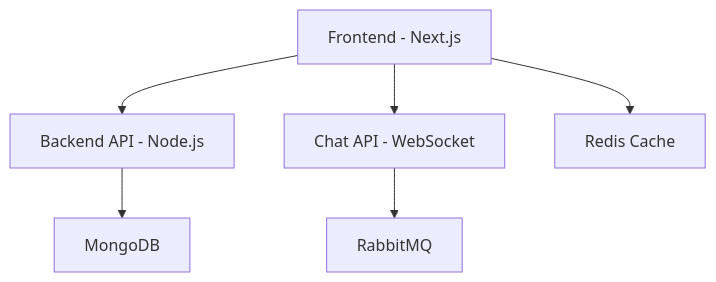
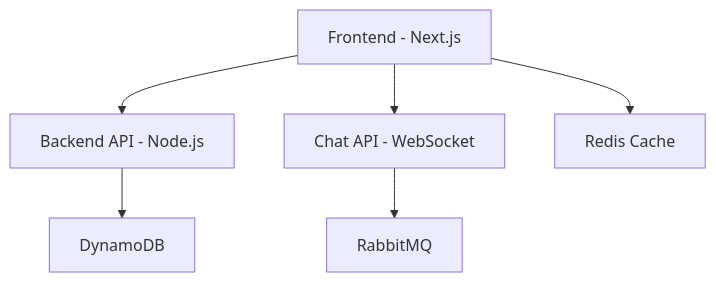
One commit to thanhthanhha/realtime-chat changed the diagram in README.md. Above: the diagram before and after it, drawn with Mermaid. The commit also changed other lines of this file, not shown here.

````diff
--- a/README.md
+++ b/README.md
@@ -95,8 +95,8 @@
 ```mermaid
 graph TB
     A[Frontend - Next.js] --> B[Backend API - Node.js]
     A --> C[Chat API - WebSocket]
-    B --> D[MongoDB]
+    B --> D[DynamoDB]
     A --> E[Redis Cache]
     C --> F[RabbitMQ]
 ```
````
